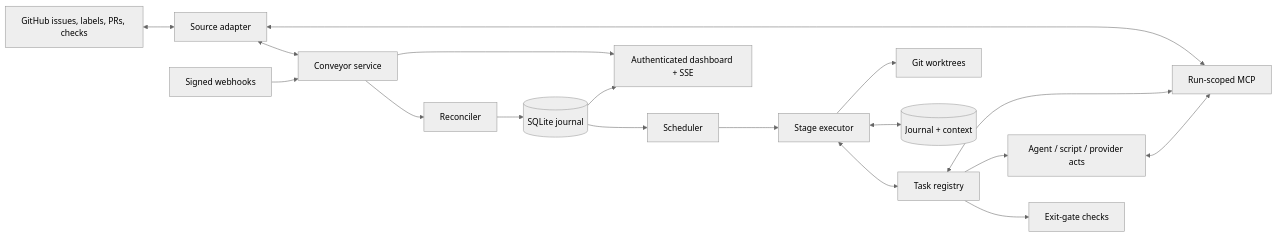
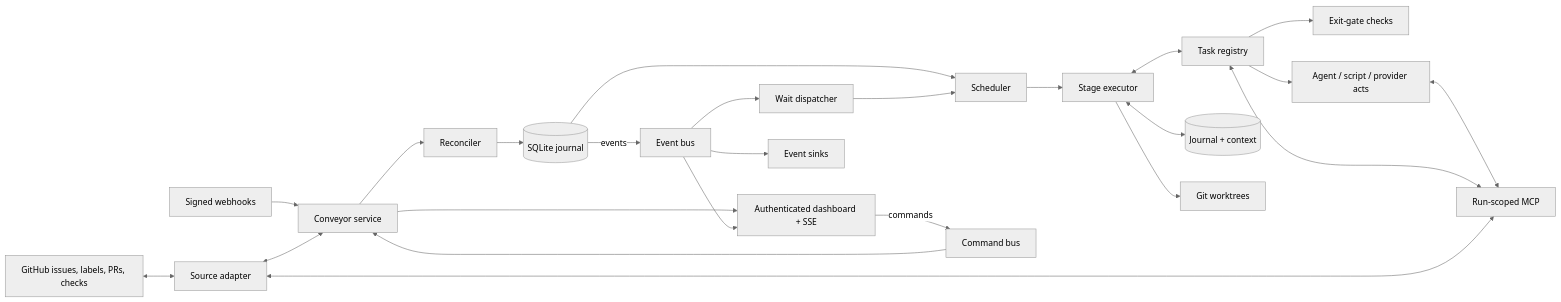
The diagram in docs/architecture.md (Abaniumbay/conveyor), drawn with Mermaid (neutral theme) before and after one commit. The commit also changed other lines of this file and 7 other files, not shown here.

First line of the commit message:
Document the event log, commands and event-driven sync

````diff
--- a/docs/architecture.md
+++ b/docs/architecture.md
@@ -18,20 +19,26 @@
 ```mermaid
 flowchart LR
   GH[GitHub issues, labels, PRs, checks] <--> SA[Source adapter]
   WH[Signed webhooks] --> SVC[Conveyor service]
   SA <--> SVC
   SVC --> REC[Reconciler]
   REC --> DB[(SQLite journal)]
   DB --> SCH[Scheduler]
   SCH --> EXE[Stage executor]
   EXE <--> REG[Task registry]
   EXE <--> JNL[(Journal + context)]
   REG --> GATE[Exit-gate checks]
   REG --> RUN[Agent / script / provider acts]
   RUN <--> MCP[Run-scoped MCP]
   MCP <--> REG
   MCP <--> SA
   EXE --> WT[Git worktrees]
   SVC --> WEB[Authenticated dashboard + SSE]
-  DB --> WEB
+  WEB -- commands --> CMD[Command bus]
+  CMD --> SVC
+  DB -- events --> BUS[Event bus]
+  BUS --> WEB
+  BUS --> WD[Wait dispatcher]
+  WD --> SCH
+  BUS --> SINK[Event sinks]
 ```
````
